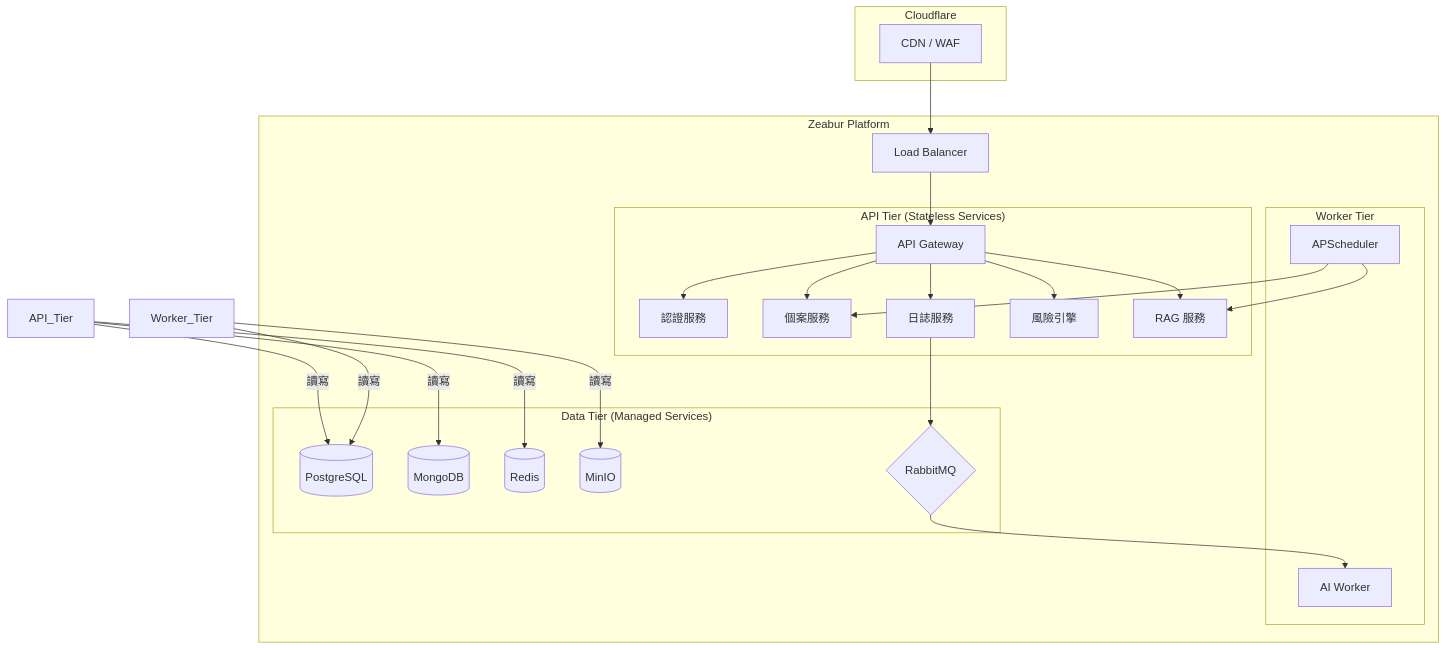
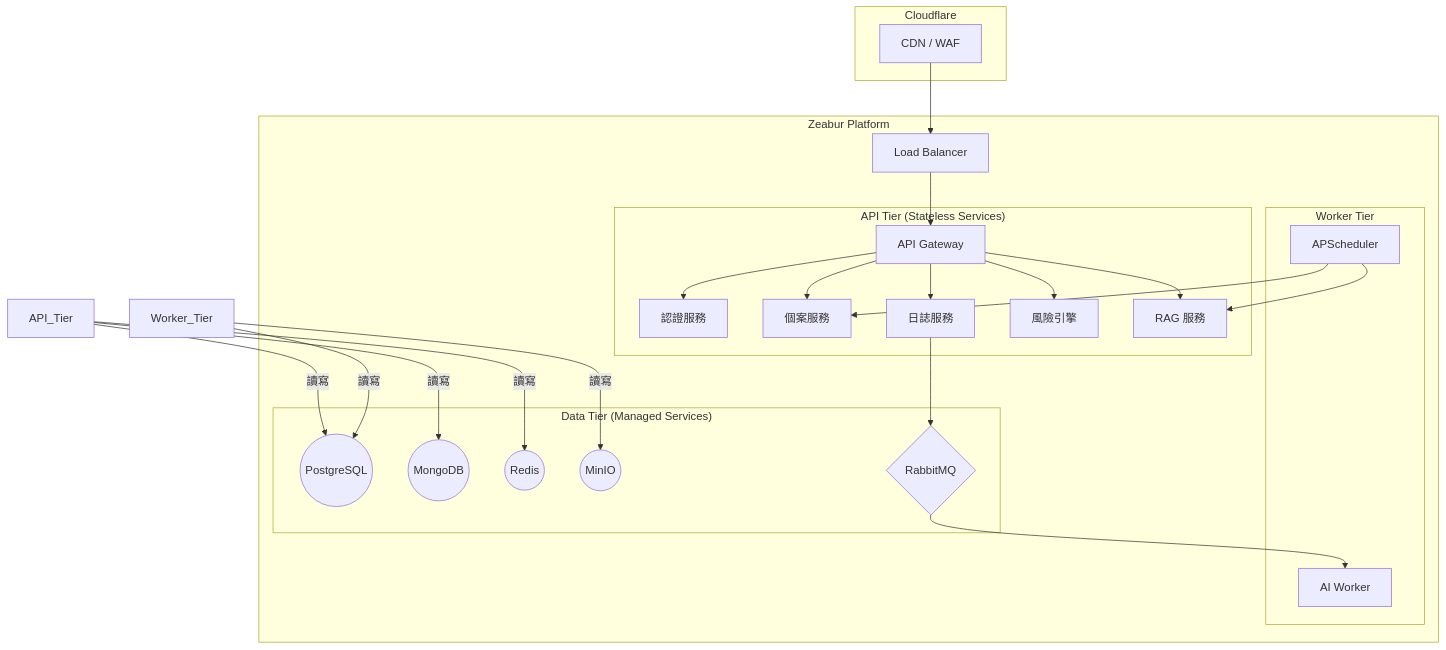
The seventh of 9 diagrams in docs/05_architecture_and_design.md (kuku-rar/RespiraAlly_v2), drawn with Mermaid before and after one commit. The commit also changed other lines of this file and 56 other files, not shown here.

First line of the commit message:
feat: implement complete project architecture and infrastructure

````diff
--- a/docs/05_architecture_and_design.md
+++ b/docs/05_architecture_and_design.md
@@ -299,43 +427,43 @@
 ```mermaid
 graph TD
   subgraph "Cloudflare"
     CDN[CDN / WAF]
   end
   
   subgraph "Zeabur Platform"
     LB[Load Balancer]
 
     subgraph "API Tier (Stateless Services)"
       API_Gateway[API Gateway]
       Auth_Svc[認證服務]
       Patient_Svc[個案服務]
       Log_Svc[日誌服務]
       Risk_Svc[風險引擎]
       RAG_Svc[RAG 服務]
     end
 
     subgraph "Worker Tier"
       AI_Worker[AI Worker]
       Scheduler[APScheduler]
     end
 
     subgraph "Data Tier (Managed Services)"
-      Postgres_DB[(PostgreSQL)]
-      MongoDB_DB[(MongoDB)]
-      Redis_DB[(Redis)]
-      MinIO_Store[(MinIO)]
+      Postgres_DB((PostgreSQL))
+      MongoDB_DB((MongoDB))
+      Redis_DB((Redis))
+      MinIO_Store((MinIO))
       RabbitMQ_Broker{RabbitMQ}
     end
   end
   
   CDN --> LB
   LB --> API_Gateway
   API_Gateway --> Auth_Svc & Patient_Svc & Log_Svc & Risk_Svc & RAG_Svc
 
   Log_Svc --> RabbitMQ_Broker
   RabbitMQ_Broker --> AI_Worker
   Scheduler --> RAG_Svc & Patient_Svc
   
   API_Tier --讀寫--> Postgres_DB & MongoDB_DB & Redis_DB
   Worker_Tier --讀寫--> Postgres_DB & MinIO_Store
 ```
````
